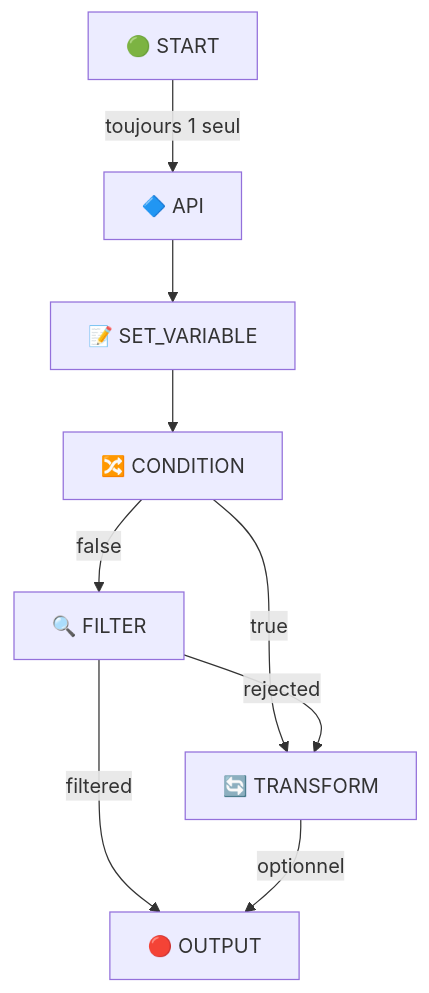
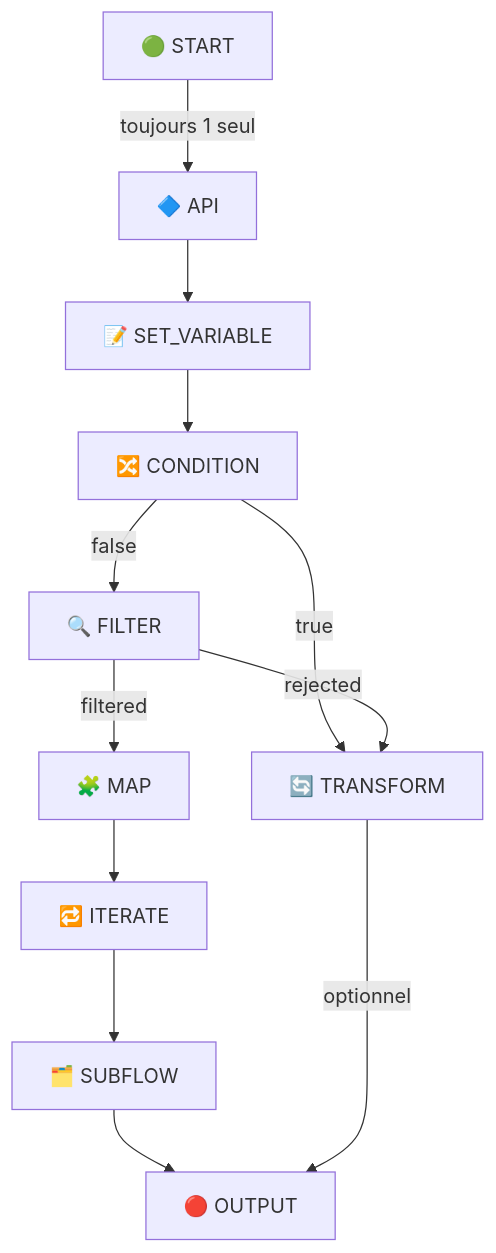
One commit to silvanic/ETL_Experiment changed the third of 12 diagrams in docs/technique/DIAGRAMS.md. Above: the diagram before and after it, drawn with Mermaid. The commit also changed other lines of this file and 41 other files, not shown here.

````diff
--- a/docs/technique/DIAGRAMS.md
+++ b/docs/technique/DIAGRAMS.md
@@ -106,19 +106,25 @@
 ```mermaid
 graph TD
     Start["🟢 START"]
     Api["🔷 API"]
     SetVar["📝 SET_VARIABLE"]
     Cond["🔀 CONDITION"]
     Filter["🔍 FILTER"]
     Transform["🔄 TRANSFORM"]
+    Map["🧩 MAP"]
+    Iterate["🔁 ITERATE"]
+    Subflow["🗂️ SUBFLOW"]
     Output["🔴 OUTPUT"]
     
     Start -->|toujours 1 seul| Api
     Api --> SetVar
     SetVar --> Cond
     Cond -->|true| Transform
     Cond -->|false| Filter
-    Filter -->|filtered| Output
+    Filter -->|filtered| Map
+    Map --> Iterate
+    Iterate --> Subflow
+    Subflow --> Output
     Filter -->|rejected| Transform
     Transform -->|optionnel| Output
 ```
````
